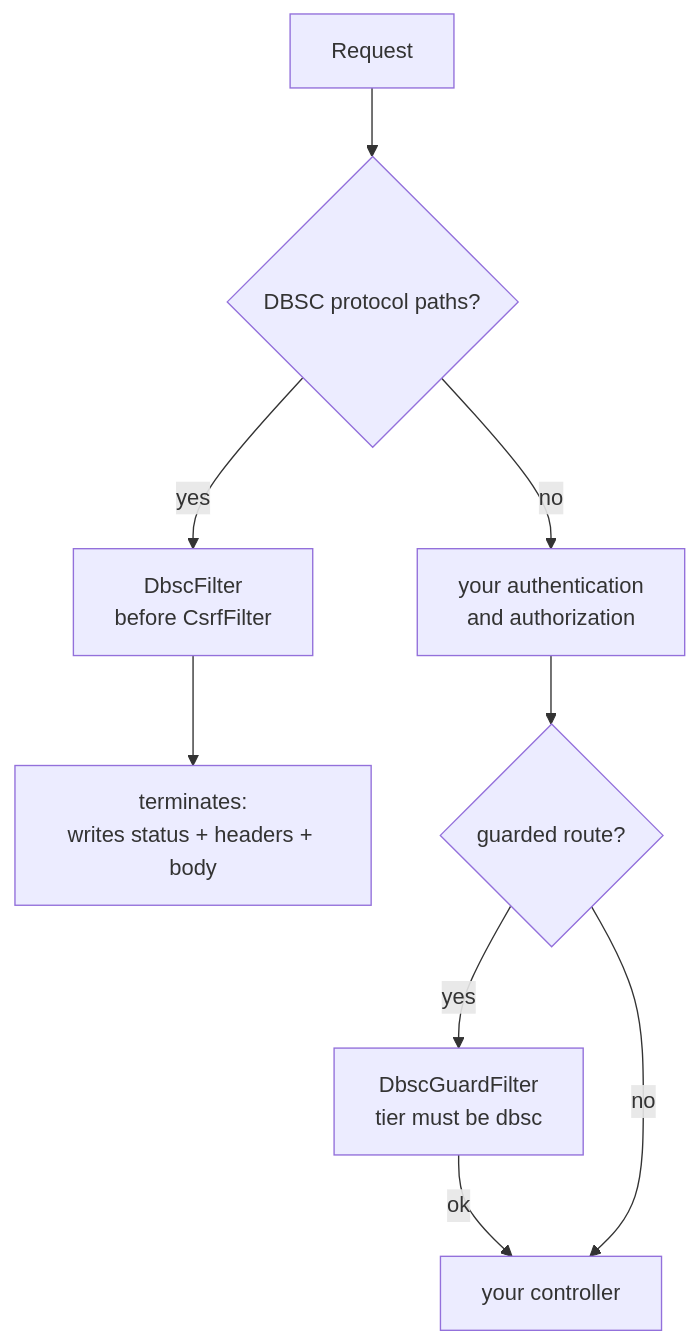
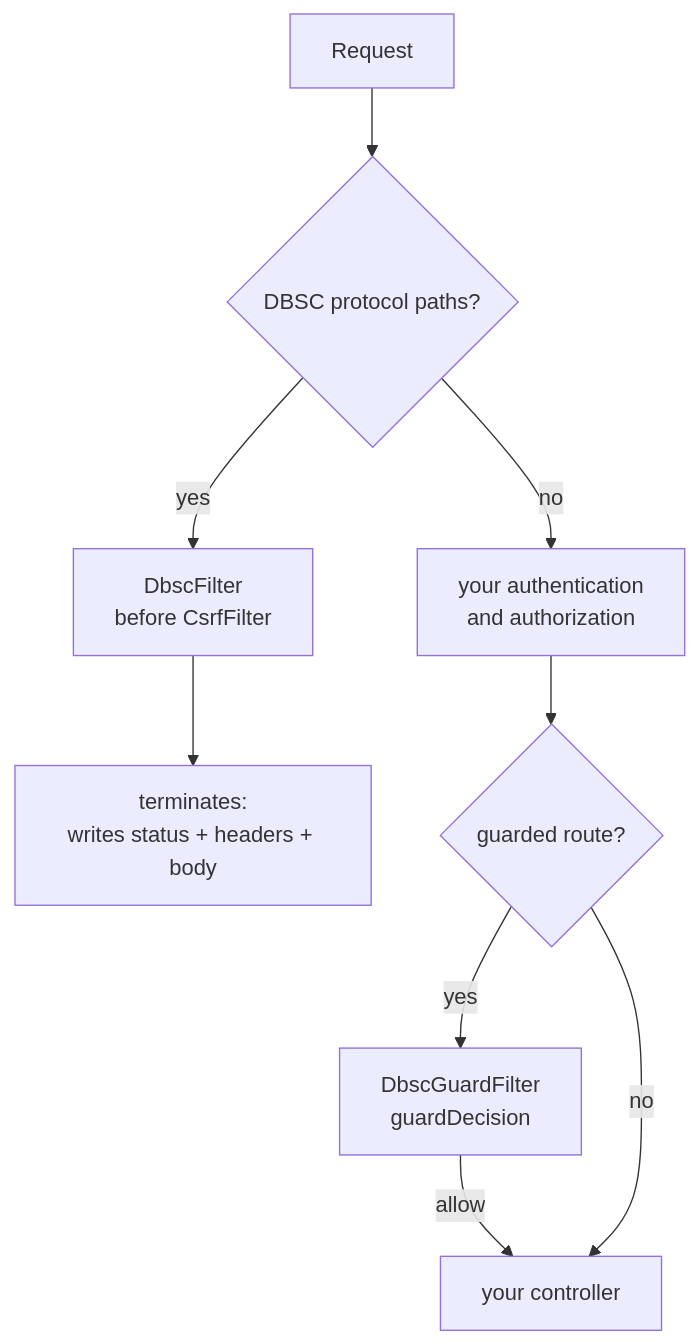
The diagram in README.md (yuukioosaka/spring-dbsc), drawn with Mermaid before and after one commit. The commit also changed other lines of this file and 34 other files, not shown here.

````diff
--- a/README.md
+++ b/README.md
@@ -398,11 +397,11 @@
 ```mermaid
 flowchart TD
     A[Request] --> B{DBSC protocol paths?}
     B -- yes --> C[DbscFilter<br/>before CsrfFilter]
     C --> C2[terminates:<br/>writes status + headers + body]
     B -- no --> D[your authentication<br/>and authorization]
     D --> G{guarded route?}
-    G -- yes --> H[DbscGuardFilter<br/>tier must be dbsc]
-    H -- ok --> F[your controller]
+    G -- yes --> H[DbscGuardFilter<br/>guardDecision]
+    H -- allow --> F[your controller]
     G -- no --> F
 ```
````
